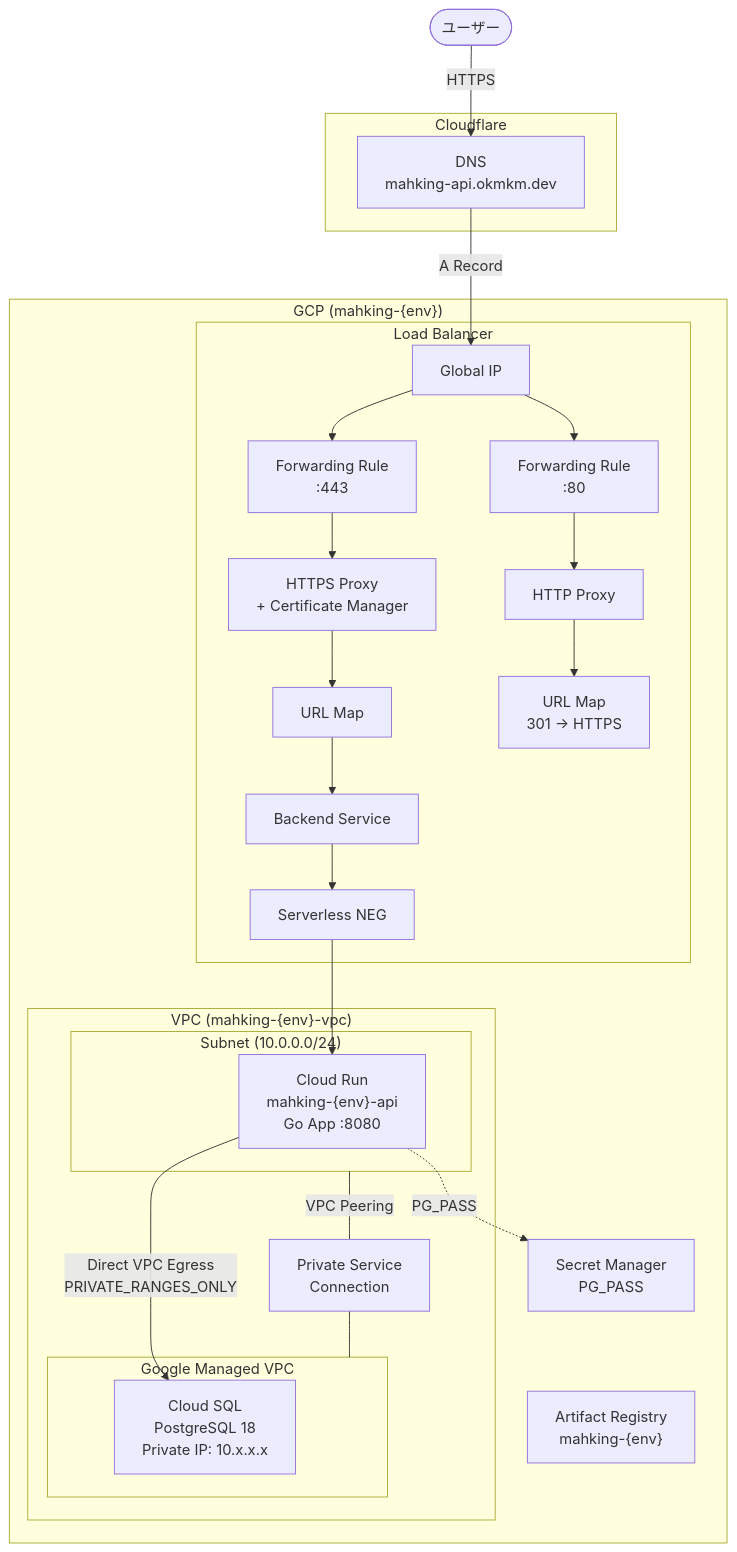
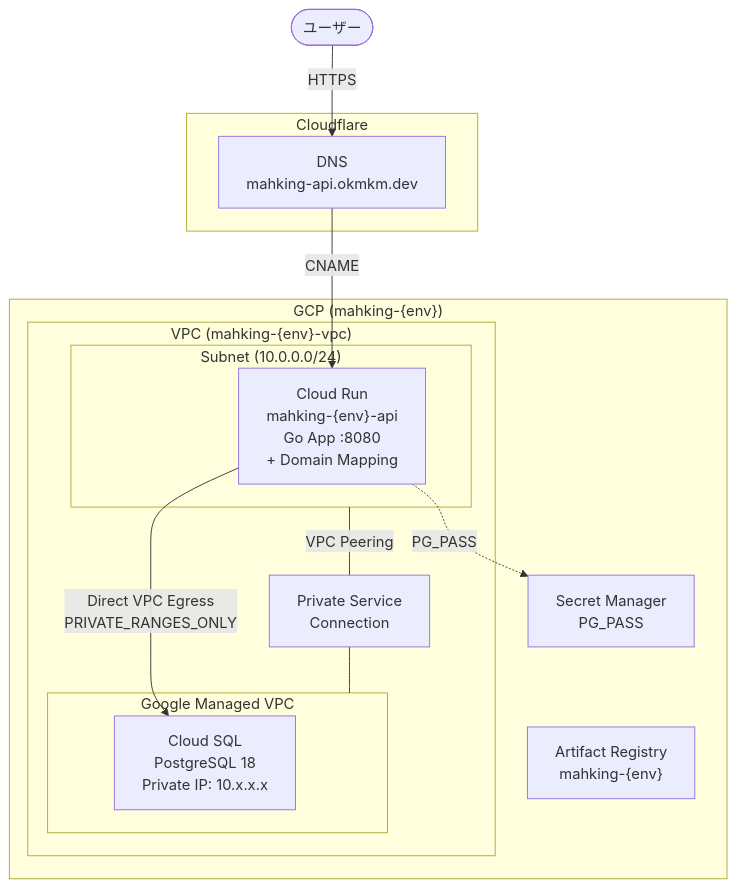
The first of 6 diagrams in docs/architecture.md (okm321/mahking-core), drawn with Mermaid before and after one commit. The commit also changed other lines of this file and 23 other files, not shown here.

````diff
--- a/docs/architecture.md
+++ b/docs/architecture.md
@@ -5,53 +5,32 @@
 ```mermaid
 graph TB
     User([ユーザー])
 
     subgraph Cloudflare
         DNS[DNS<br/>mahking-api.okmkm.dev]
     end
 
     subgraph GCP["GCP (mahking-{env})"]
-        subgraph LB["Load Balancer"]
-            GlobalIP[Global IP]
-            HTTPS_FWD["Forwarding Rule<br/>:443"]
-            HTTP_FWD["Forwarding Rule<br/>:80"]
-            HTTPS_Proxy["HTTPS Proxy<br/>+ Certificate Manager"]
-            HTTP_Proxy["HTTP Proxy"]
-            URLMap["URL Map"]
-            Redirect["URL Map<br/>301 → HTTPS"]
-            Backend["Backend Service"]
-            NEG["Serverless NEG"]
-        end
-
         subgraph VPC["VPC (mahking-{env}-vpc)"]
             subgraph Subnet["Subnet (10.0.0.0/24)"]
-                CloudRun["Cloud Run<br/>mahking-{env}-api<br/>Go App :8080"]
+                CloudRun["Cloud Run<br/>mahking-{env}-api<br/>Go App :8080<br/>+ Domain Mapping"]
             end
 
             subgraph Google["Google Managed VPC"]
                 CloudSQL["Cloud SQL<br/>PostgreSQL 18<br/>Private IP: 10.x.x.x"]
             end
 
             PSC["Private Service<br/>Connection"]
         end
 
         AR["Artifact Registry<br/>mahking-{env}"]
         SM["Secret Manager<br/>PG_PASS"]
     end
 
     User -->|HTTPS| DNS
-    DNS -->|A Record| GlobalIP
-    GlobalIP --> HTTPS_FWD
-    GlobalIP --> HTTP_FWD
-    HTTPS_FWD --> HTTPS_Proxy
-    HTTP_FWD --> HTTP_Proxy
-    HTTPS_Proxy --> URLMap
-    HTTP_Proxy --> Redirect
-    URLMap --> Backend
-    Backend --> NEG
-    NEG --> CloudRun
+    DNS -->|CNAME| CloudRun
     CloudRun -->|Direct VPC Egress<br/>PRIVATE_RANGES_ONLY| CloudSQL
     CloudRun -.->|PG_PASS| SM
     Subnet ---|VPC Peering| PSC
     PSC --- Google
 ```
````
